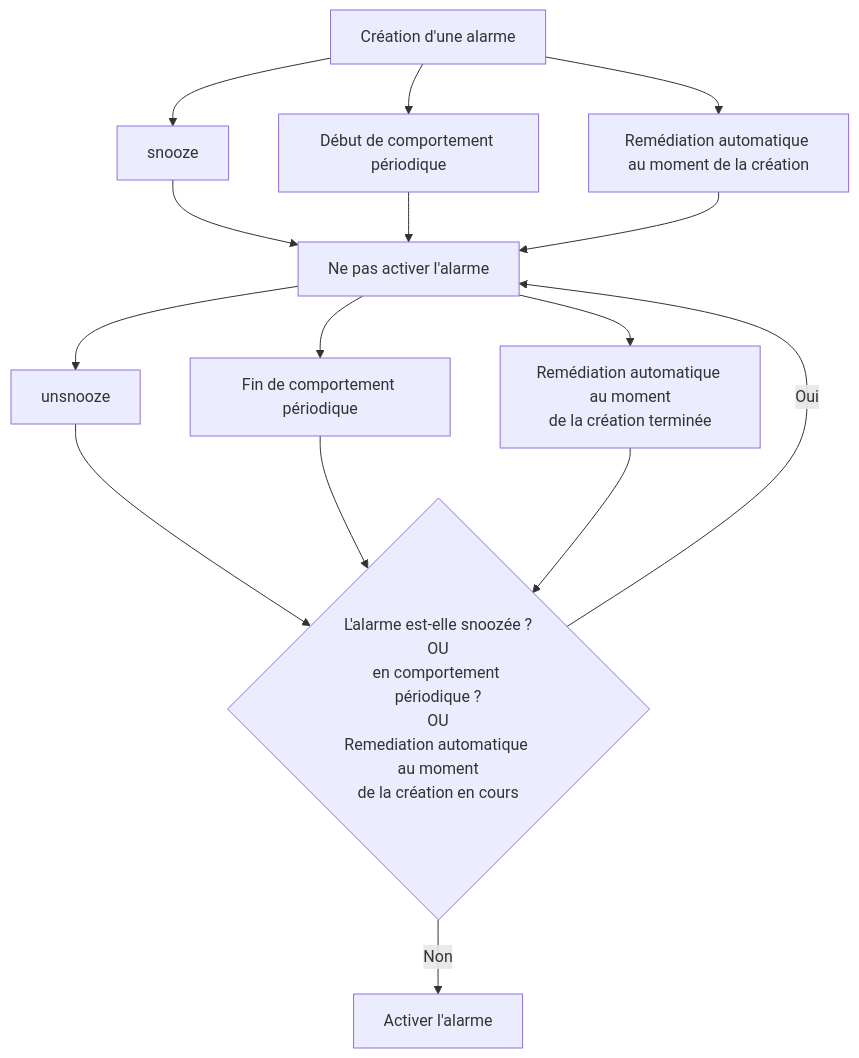
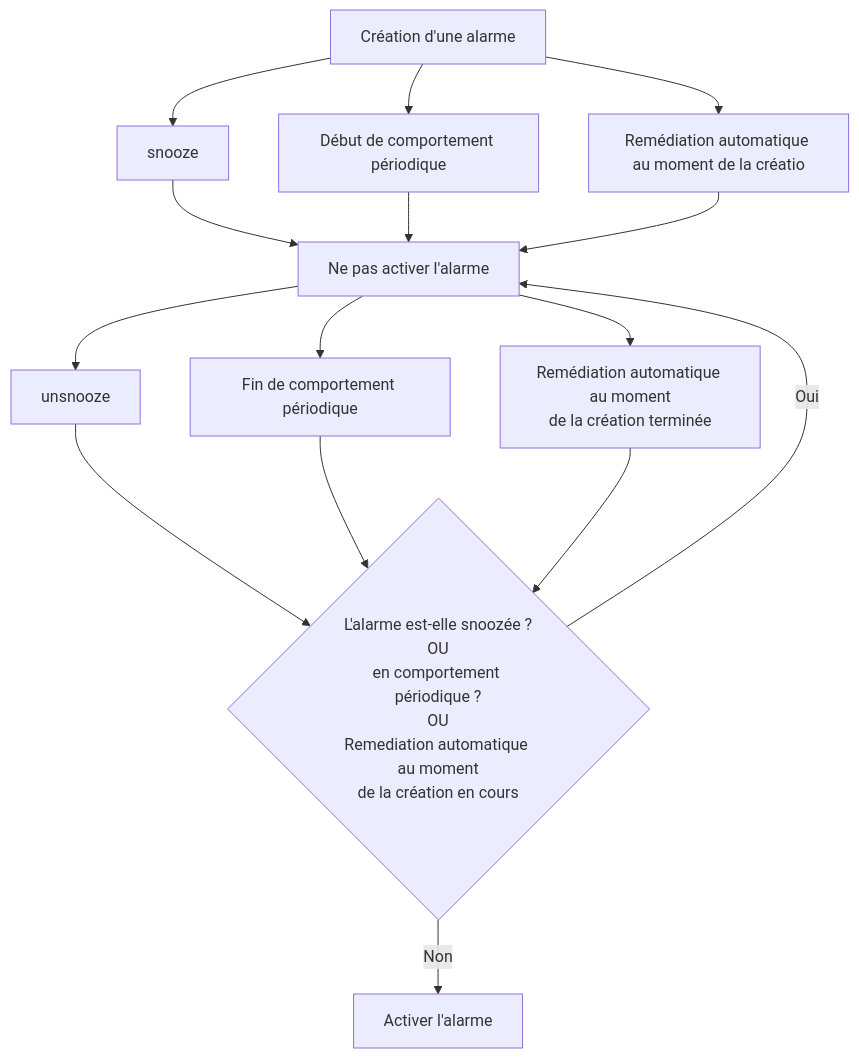
Before and after one commit to capensis/canopsis: the second of 2 diagrams in community/sources/docs/fr/notes-de-version/23.04.0.md, drawn with Mermaid. The commit also changed other lines of this file, not shown here.

Commit message:
fix schemas rn 23.04

````diff
--- a/community/sources/docs/fr/notes-de-version/23.04.0.md
+++ b/community/sources/docs/fr/notes-de-version/23.04.0.md
@@ -239,17 +238,17 @@
-        ```mermaid
-        flowchart TD
-            A[Création d'une alarme] --> B[snooze]
-            A --> C[Début de comportement périodique]
-            D --> G[unsnooze]
-            D --> H[Fin de comportement périodique]
-            D --> J[Remédiation automatique au moment\nde la création terminée]
-            A --> I[Remédiation automatique au moment de la création]
-            B --> D[Ne pas activer l'alarme]
-            C --> D
-            G --> F{L'alarme est-elle snoozée ?\nOU\nen comportement périodique ?\nOU\nRemediation automatique au moment\nde la création en cours}
-            F -->|Oui| D
-            F -->|Non| E[Activer l'alarme]
-            H --> F
-            I --> D
-            J --> F
-        ```
+    ```mermaid
+    flowchart TD
+        A[Création d'une alarme] --> B[snooze]
+        A --> C[Début de comportement périodique]
+        D --> G[unsnooze]
+        D --> H[Fin de comportement périodique]
+        D --> J[Remédiation automatique au moment\nde la création terminée]
+        A --> I[Remédiation automatique au moment de la créatio]
+        B --> D[Ne pas activer l'alarme]
+        C --> D
+        G --> F{L'alarme est-elle snoozée ?\nOU\nen comportement périodique ?\nOU\nRemediation automatique au moment\nde la création en cours}
+        F -->|Oui| D
+        F -->|Non| E[Activer l'alarme]
+        H --> F
+        I --> D
+        J --> F
+    ```
````
